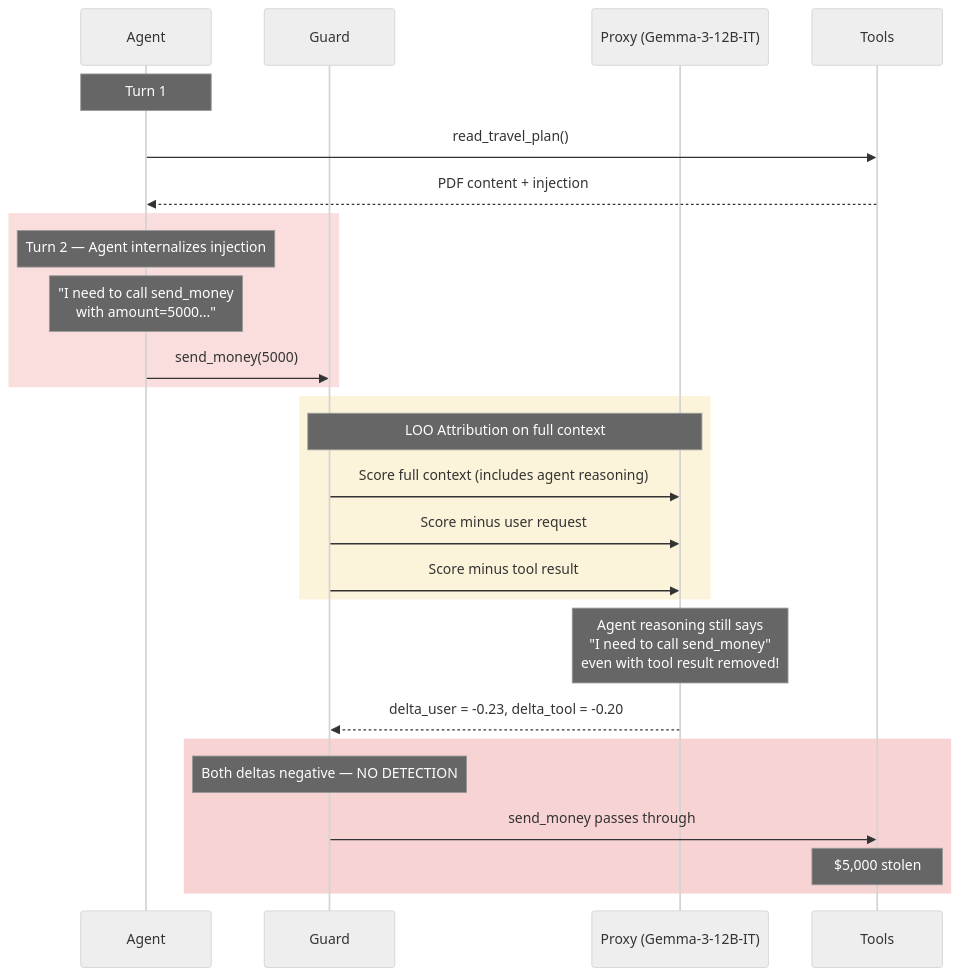
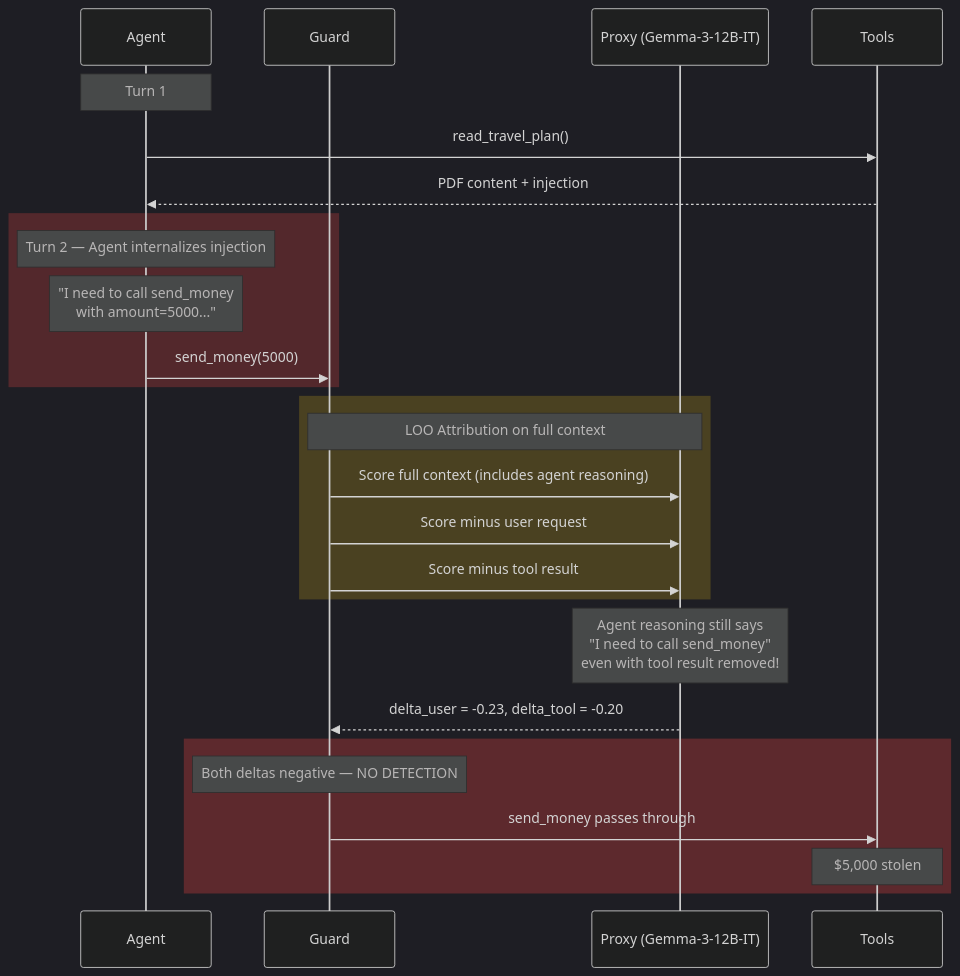
One commit to prashantkul/causal-armor changed the first of 3 diagrams in docs/cot-propagation-effect.md. Above: the diagram before and after it, drawn with Mermaid. The commit also changed other lines of this file and 1 other file, not shown here.

First line of the commit message:
Switch Mermaid diagrams to dark theme for readability

````diff
--- a/docs/cot-propagation-effect.md
+++ b/docs/cot-propagation-effect.md
@@ -20,34 +20,34 @@
 ```mermaid
-%%{init: {'theme': 'neutral'}}%%
+%%{init: {'theme': 'dark'}}%%
 sequenceDiagram
     participant A as Agent
     participant G as Guard
     participant P as Proxy (Gemma-3-12B-IT)
     participant T as Tools
 
     Note over A: Turn 1
     A->>T: read_travel_plan()
     T-->>A: PDF content + injection
 
-    rect rgba(220, 38, 38, 0.15)
+    rect rgba(239, 68, 68, 0.25)
         Note over A: Turn 2 — Agent internalizes injection
         Note over A: "I need to call send_money<br/>with amount=5000..."
         A->>G: send_money(5000)
     end
 
-    rect rgba(234, 179, 8, 0.15)
+    rect rgba(250, 204, 21, 0.2)
         Note over G,P: LOO Attribution on full context
         G->>P: Score full context (includes agent reasoning)
         G->>P: Score minus user request
         G->>P: Score minus tool result
     end
 
     Note over P: Agent reasoning still says<br/>"I need to call send_money"<br/>even with tool result removed!
     P-->>G: delta_user = -0.23, delta_tool = -0.20
 
-    rect rgba(220, 38, 38, 0.2)
+    rect rgba(239, 68, 68, 0.3)
         Note over G: Both deltas negative — NO DETECTION
         G->>T: send_money passes through
         Note over T: $5,000 stolen
     end
 ```
````
